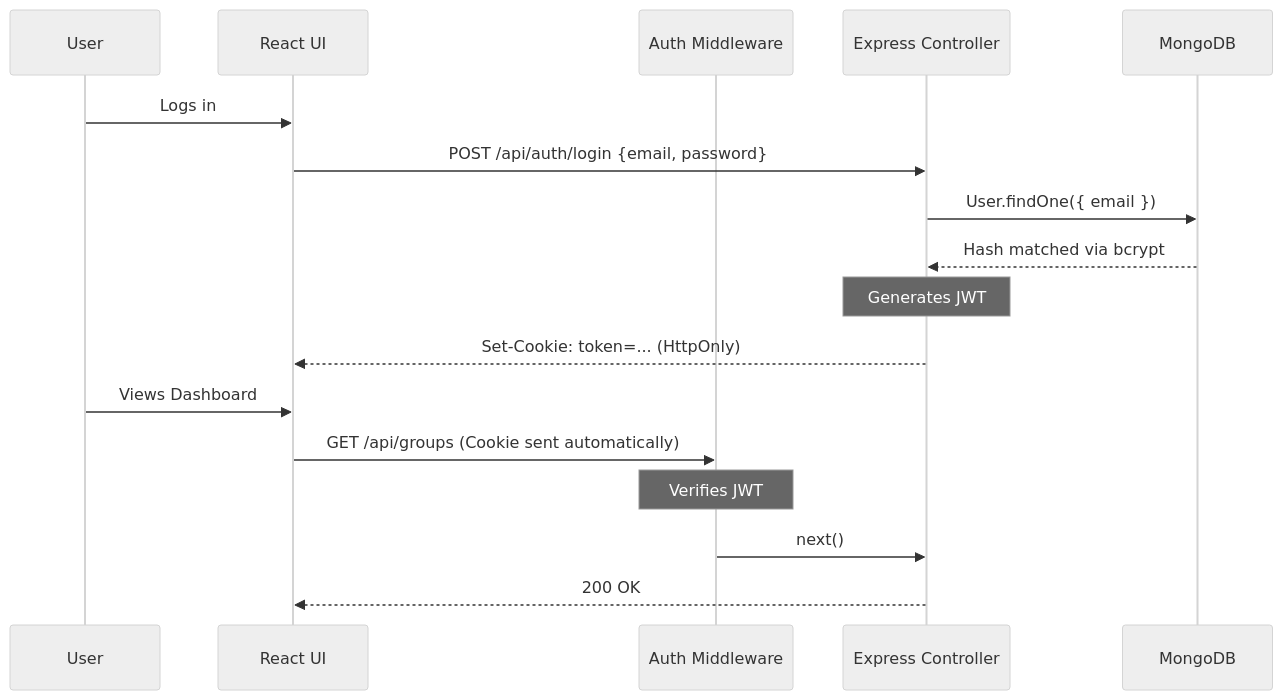
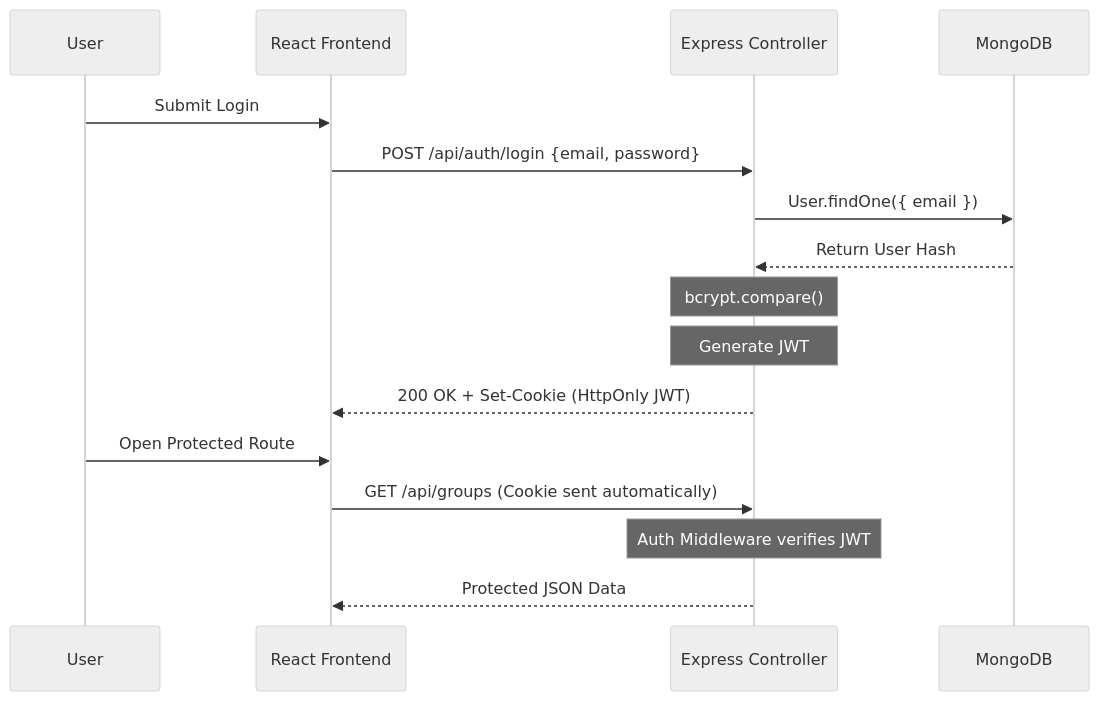
Before and after one commit to biswajitrout123/SplitSmart: the second of 2 diagrams in README.md, drawn with Mermaid (neutral theme). The commit also changed other lines of this file, not shown here.

````diff
--- a/README.md
+++ b/README.md
@@ -104,21 +91,20 @@
 ```mermaid
 sequenceDiagram
     participant User
-    participant React UI
-    participant Auth Middleware
+    participant React Frontend
     participant Express Controller
     participant MongoDB
 
-    User->>React UI: Logs in
-    React UI->>Express Controller: POST /api/auth/login {email, password}
+    User->>React Frontend: Submit Login
+    React Frontend->>Express Controller: POST /api/auth/login {email, password}
     Express Controller->>MongoDB: User.findOne({ email })
-    MongoDB-->>Express Controller: Hash matched via bcrypt
-    Note over Express Controller: Generates JWT
-    Express Controller-->>React UI: Set-Cookie: token=... (HttpOnly)
+    MongoDB-->>Express Controller: Return User Hash
+    Note over Express Controller: bcrypt.compare()
+    Note over Express Controller: Generate JWT
+    Express Controller-->>React Frontend: 200 OK + Set-Cookie (HttpOnly JWT)
     
-    User->>React UI: Views Dashboard
-    React UI->>Auth Middleware: GET /api/groups (Cookie sent automatically)
-    Note over Auth Middleware: Verifies JWT
-    Auth Middleware->>Express Controller: next()
-    Express Controller-->>React UI: 200 OK
+    User->>React Frontend: Open Protected Route
+    React Frontend->>Express Controller: GET /api/groups (Cookie sent automatically)
+    Note over Express Controller: Auth Middleware verifies JWT
+    Express Controller-->>React Frontend: Protected JSON Data
 ```
````
